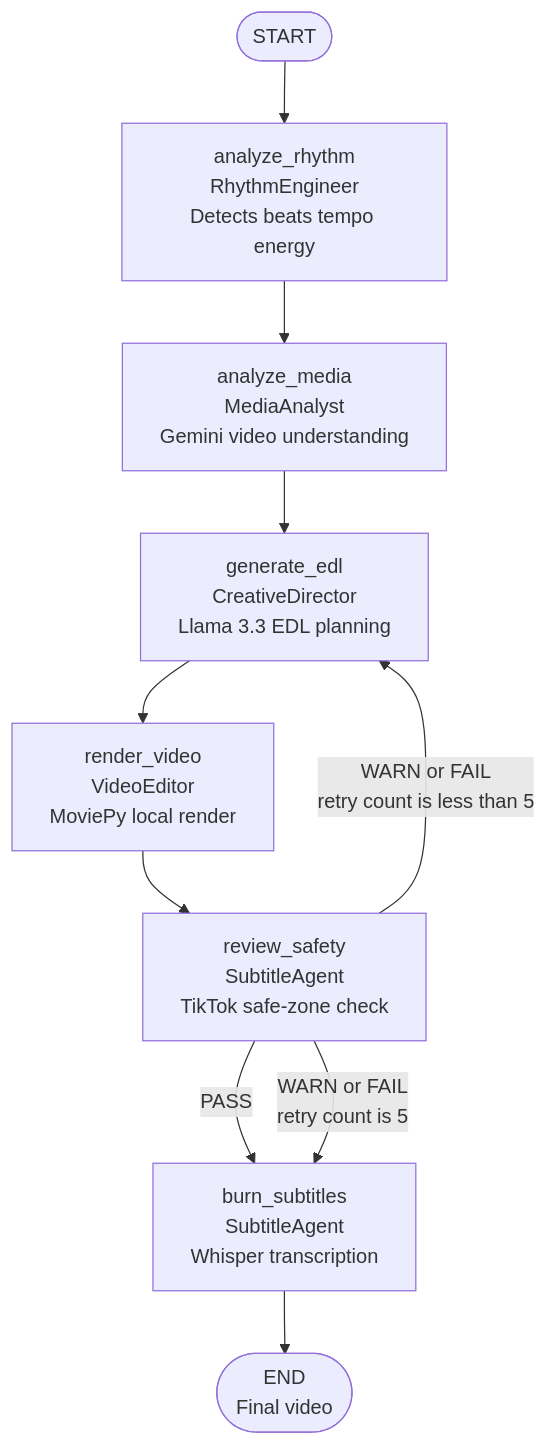
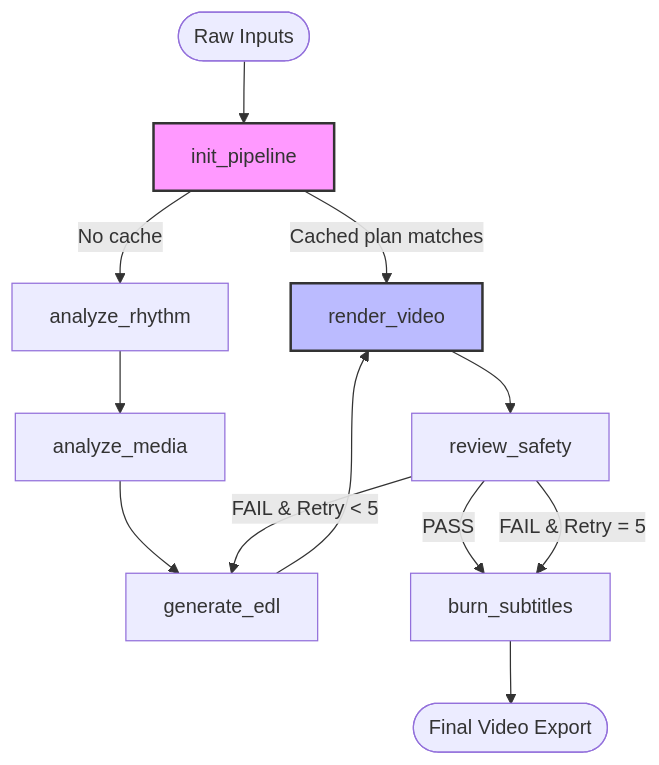
The second of 2 diagrams in README.md (abrarshahh/Shortify_BE), drawn with Mermaid before and after one commit. The commit also changed other lines of this file and 8 other files, not shown here.

````diff
--- a/README.md
+++ b/README.md
@@ -88,14 +98,22 @@
 ```mermaid
 flowchart TD
-    START([START]) --> AR[analyze_rhythm\nRhythmEngineer\nDetects beats tempo energy]
-    AR --> AM[analyze_media\nMediaAnalyst\nGemini video understanding]
-    AM --> GE[generate_edl\nCreativeDirector\nLlama 3.3 EDL planning]
-    GE --> RV[render_video\nVideoEditor\nMoviePy local render]
-    RV --> RS[review_safety\nSubtitleAgent\nTikTok safe-zone check]
+    INPUT([Raw Inputs]) --> INIT[init_pipeline]
+    
+    INIT -->|Cached plan matches| REND[render_video]
+    INIT -->|No cache| RHYTHM[analyze_rhythm]
+    
+    RHYTHM --> MEDIA[analyze_media]
+    MEDIA --> DIR[generate_edl]
+    DIR --> REND
+    
+    REND --> SAFE[review_safety]
+    
+    SAFE -->|PASS| SUB[burn_subtitles]
+    SAFE -->|FAIL & Retry < 5| DIR
+    SAFE -->|FAIL & Retry = 5| SUB
+    
+    SUB --> END([Final Video Export])
 
-    RS -->|PASS| BS[burn_subtitles\nSubtitleAgent\nWhisper transcription]
-    RS -->|WARN or FAIL\nretry count is less than 5| GE
-    RS -->|WARN or FAIL\nretry count is 5| BS
-
-    BS --> END([END\nFinal video])
+    style INIT fill:#f9f,stroke:#333,stroke-width:2px
+    style REND fill:#bbf,stroke:#333,stroke-width:2px
 ```
````
